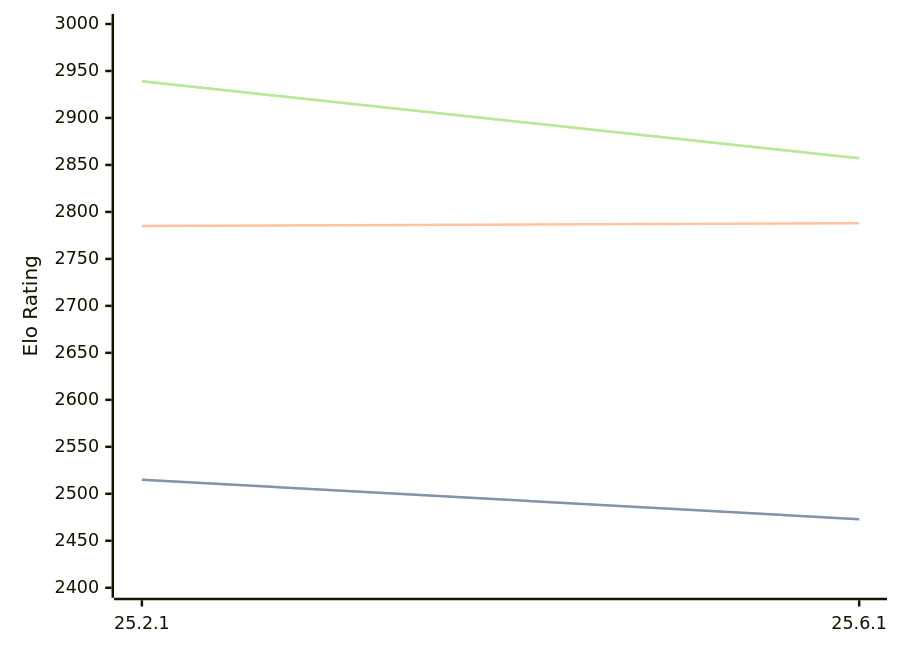
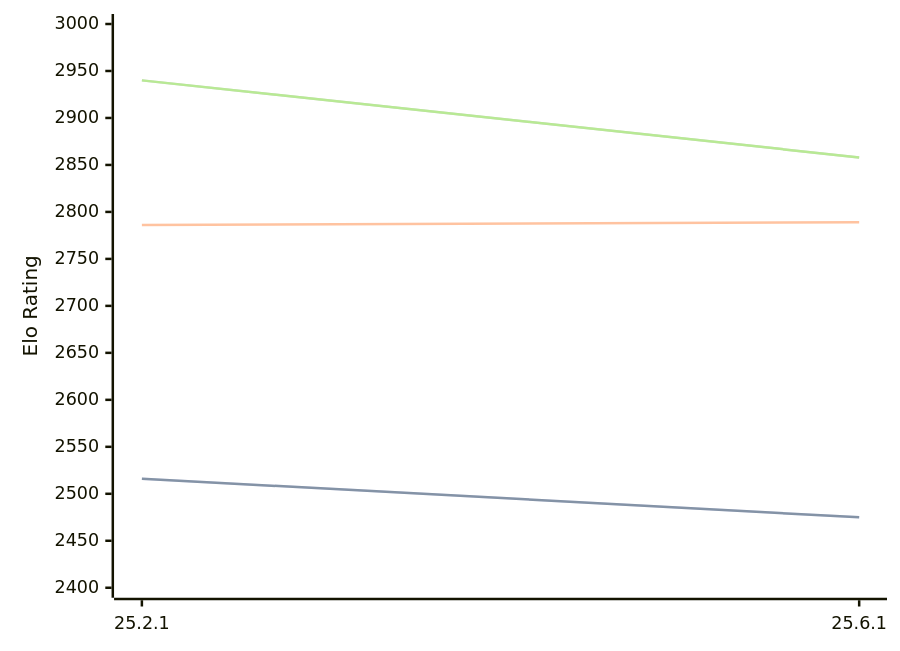
One commit to computer-chess-index/cci changed the diagram in engines/Crafty.md. Above: the diagram before and after it, drawn with Mermaid. The commit also changed other lines of this file, not shown here.

Commit message:
Update CCI Ratings (ELO VLTC) - 2026-10-09

````diff
--- a/engines/Crafty.md
+++ b/engines/Crafty.md
@@ -32,11 +32,11 @@
 ```mermaid
 %%{init: {"theme":"base","themeVariables":{"seriesColors:['#a3a3a3','#222221','#faa371']}}}%%
 xychart-beta
   x-axis ["25.2.1", "25.6.1"]
   y-axis "Elo Rating" 2400 --> 3000
-  line "" [2515, 2473]
-  line "STC (8.0+0.08s)" [2515, 2473]
-  line "LTC (60.0+0.60s)" [2785, 2788]
-  line "" [2939, 2857]
-  line "VLTC (2m24s+1.12s)" [2939, 2857]
+  line "" [2516, 2475]
+  line "STC (8.0+0.08s)" [2516, 2475]
+  line "LTC (60.0+0.60s)" [2786, 2789]
+  line "" [2940, 2858]
+  line "VLTC (2m24s+1.12s)" [2940, 2858]
 ```
````
